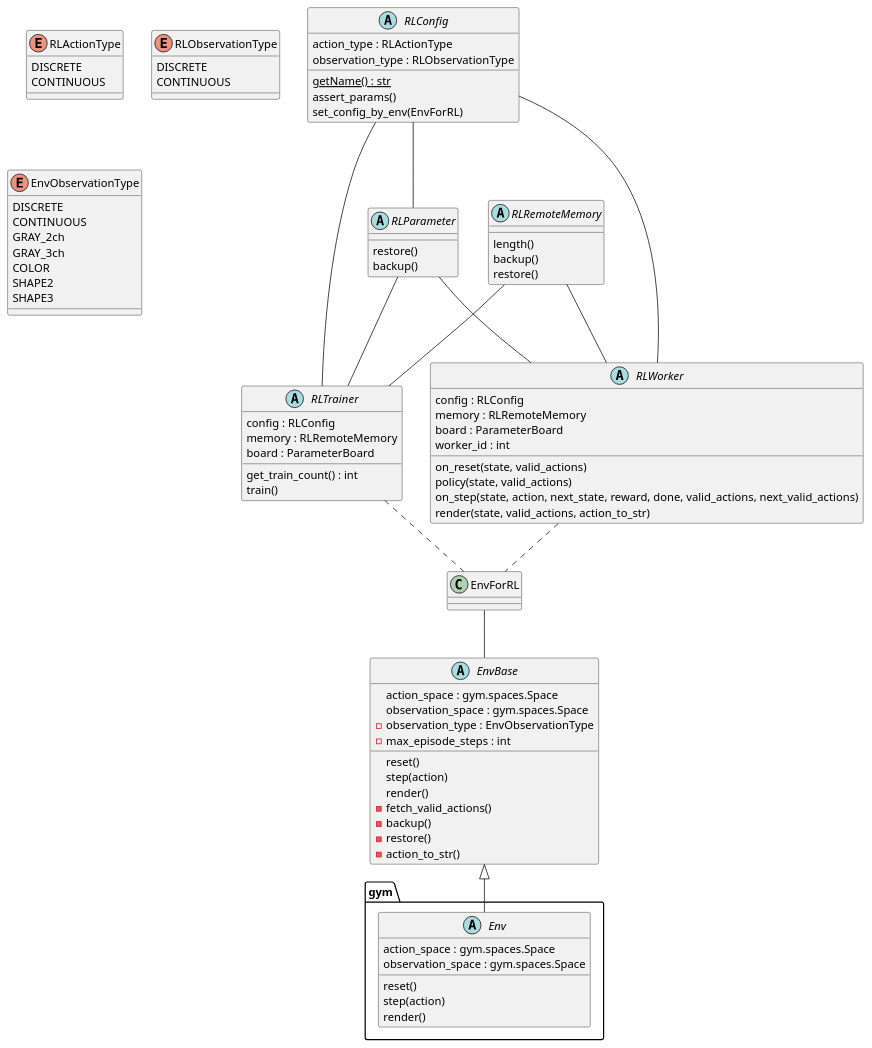
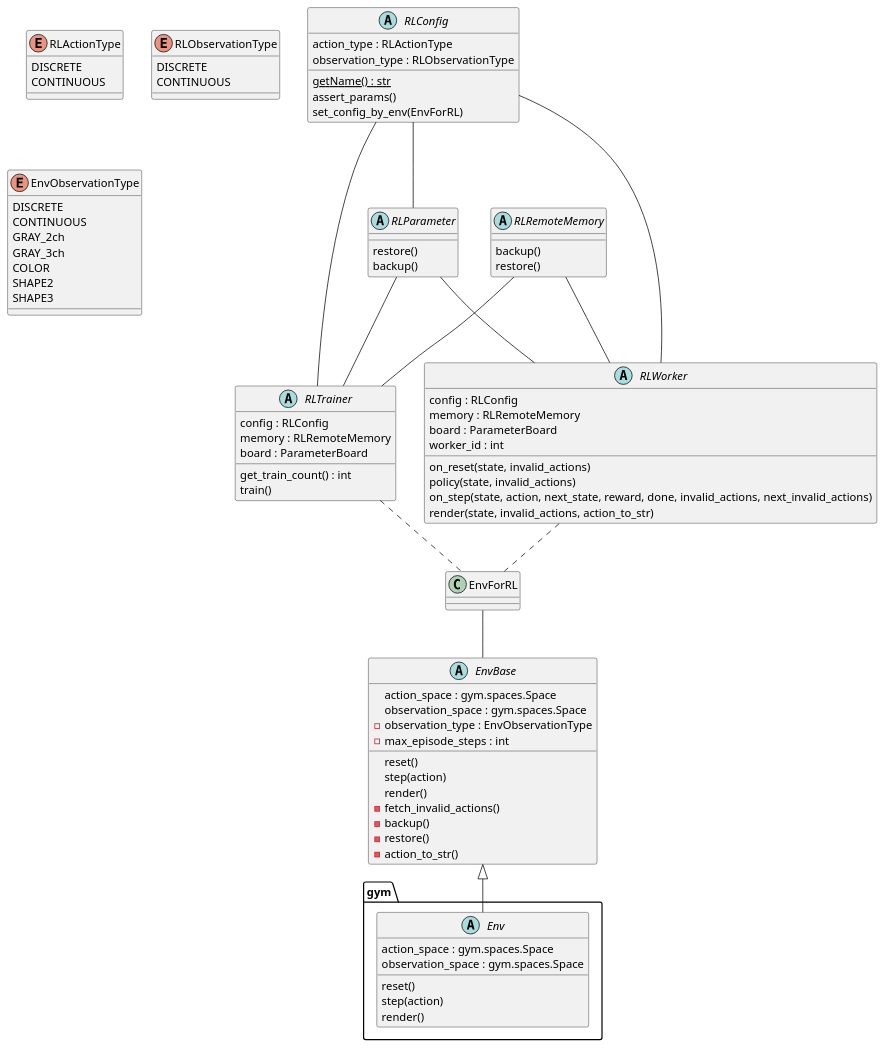
One commit to pocokhc/simple_distributed_rl changed the diagram in diagrams/class.pu. Above: the diagram before and after it, drawn with PlantUML. The commit also changed 130 other files, not shown here.

```diff
--- a/diagrams/class.pu
+++ b/diagrams/class.pu
@@ -1,101 +1,100 @@
 @startuml
 
 abstract gym.Env {
     action_space : gym.spaces.Space
     observation_space : gym.spaces.Space
     reset()
     step(action)
     render()
 }
 
 enum RLActionType {
     DISCRETE
     CONTINUOUS
 }
 
 enum RLObservationType {
     DISCRETE
     CONTINUOUS
 }
 
 enum EnvObservationType {
     DISCRETE
     CONTINUOUS
     GRAY_2ch
     GRAY_3ch
     COLOR
     SHAPE2
     SHAPE3
 }
 
 abstract EnvBase {
     action_space : gym.spaces.Space
     observation_space : gym.spaces.Space
     reset()
     step(action)
     render()
     - observation_type : EnvObservationType
     - max_episode_steps : int
-    - fetch_valid_actions()
+    - fetch_invalid_actions()
     - backup()
     - restore()
     - action_to_str()
 } 
 
 class EnvForRL
 
 abstract RLRemoteMemory {
-    length()
     backup()
     restore()
 }
 
 
 abstract RLConfig {
     {static} getName() : str
     action_type : RLActionType
     observation_type : RLObservationType
     assert_params()
     set_config_by_env(EnvForRL)
 }
 
 abstract RLParameter {
     restore()
     backup()
 }
 
 abstract RLTrainer {
     config : RLConfig
     memory : RLRemoteMemory
     board : ParameterBoard
     get_train_count() : int
     train()
 }
 
 abstract RLWorker {
     config : RLConfig
     memory : RLRemoteMemory
     board : ParameterBoard
     worker_id : int
-    on_reset(state, valid_actions)
-    policy(state, valid_actions)
-    on_step(state, action, next_state, reward, done, valid_actions, next_valid_actions)
-    render(state, valid_actions, action_to_str)
+    on_reset(state, invalid_actions)
+    policy(state, invalid_actions)
+    on_step(state, action, next_state, reward, done, invalid_actions, next_invalid_actions)
+    render(state, invalid_actions, action_to_str)
 }
 
 
 EnvBase <|-- gym.Env 
 EnvForRL -- EnvBase
 
 RLConfig -- RLWorker
 RLConfig -- RLTrainer
 RLConfig -- RLParameter
 RLParameter -- RLWorker
 RLParameter -- RLTrainer
 RLRemoteMemory -- RLWorker
 RLRemoteMemory -- RLTrainer
 
 RLWorker .. EnvForRL
 RLTrainer .. EnvForRL
 
 @enduml
```
